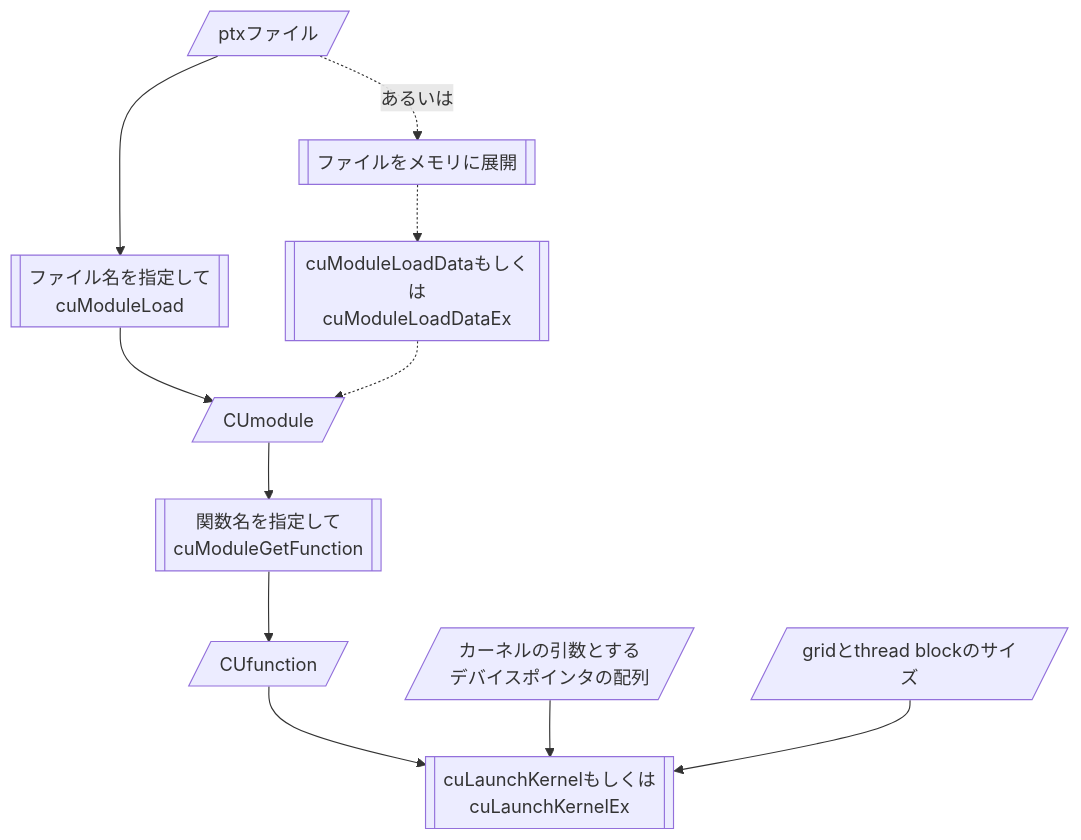
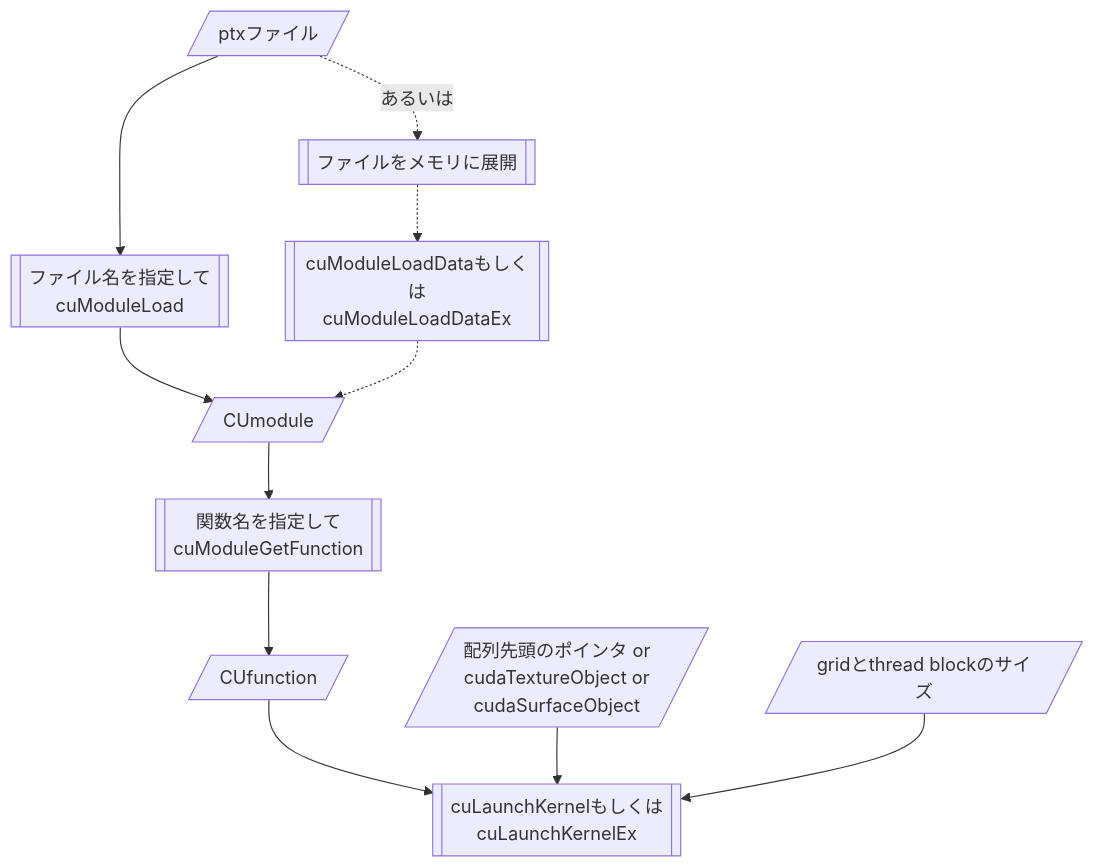
One commit to t3HyperParallel/ReportGPGPU changed the fifth of 12 diagrams in README.md. Above: the diagram before and after it, drawn with Mermaid. The commit also changed other lines of this file, not shown here.

````diff
--- a/README.md
+++ b/README.md
@@ -179,14 +177,14 @@
 ```mermaid
 flowchart TD
   ptx[/"ptxファイル"/]-->cuModuleLoad[["ファイル名を指定して<br/>cuModuleLoad"]]
   cuModuleLoad-->CUmodule[/"CUmodule"/]
   ptx-."あるいは".->getBinaryImage[["ファイルをメモリに展開"]]
   getBinaryImage-.->cuModuleLoadData[["cuModuleLoadDataもしくは<br/>cuModuleLoadDataEx"]]
   cuModuleLoadData-.->CUmodule
 
   CUmodule-->cuModuleGetFunction[["関数名を指定して<br/>cuModuleGetFunction"]]
   cuModuleGetFunction-->CUfunction[/"CUfunction"/]
-  args[/"カーネルの引数とする<br/>デバイスポインタの配列"/]
+  args[/"配列先頭のポインタ or<br/>cudaTextureObject or<br/>cudaSurfaceObject"/]
   g_tb[/"gridとthread blockのサイズ"/]
   CUfunction & args & g_tb-->cuLaunchKernel[["cuLaunchKernelもしくは<br/>cuLaunchKernelEx"]]
 ```
````
